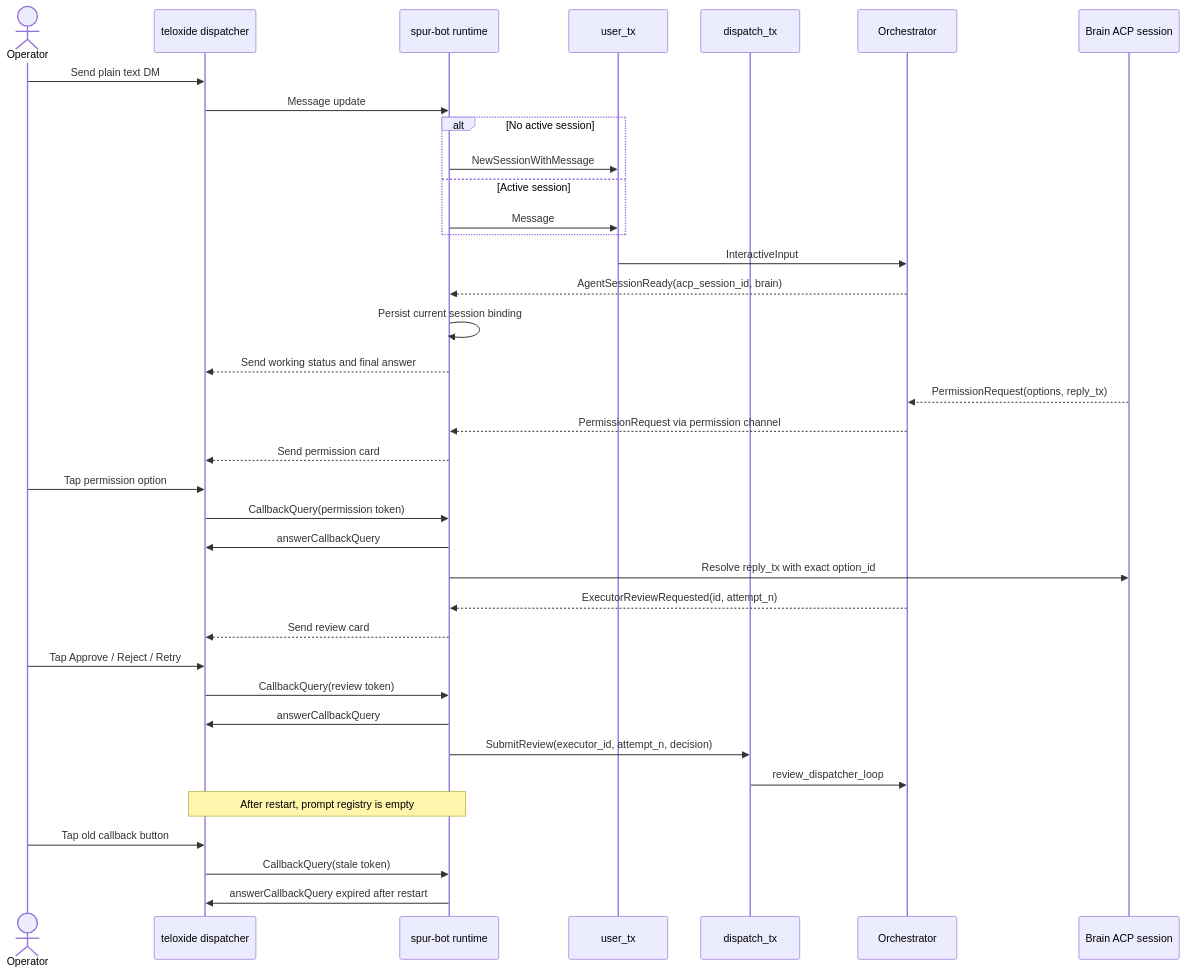
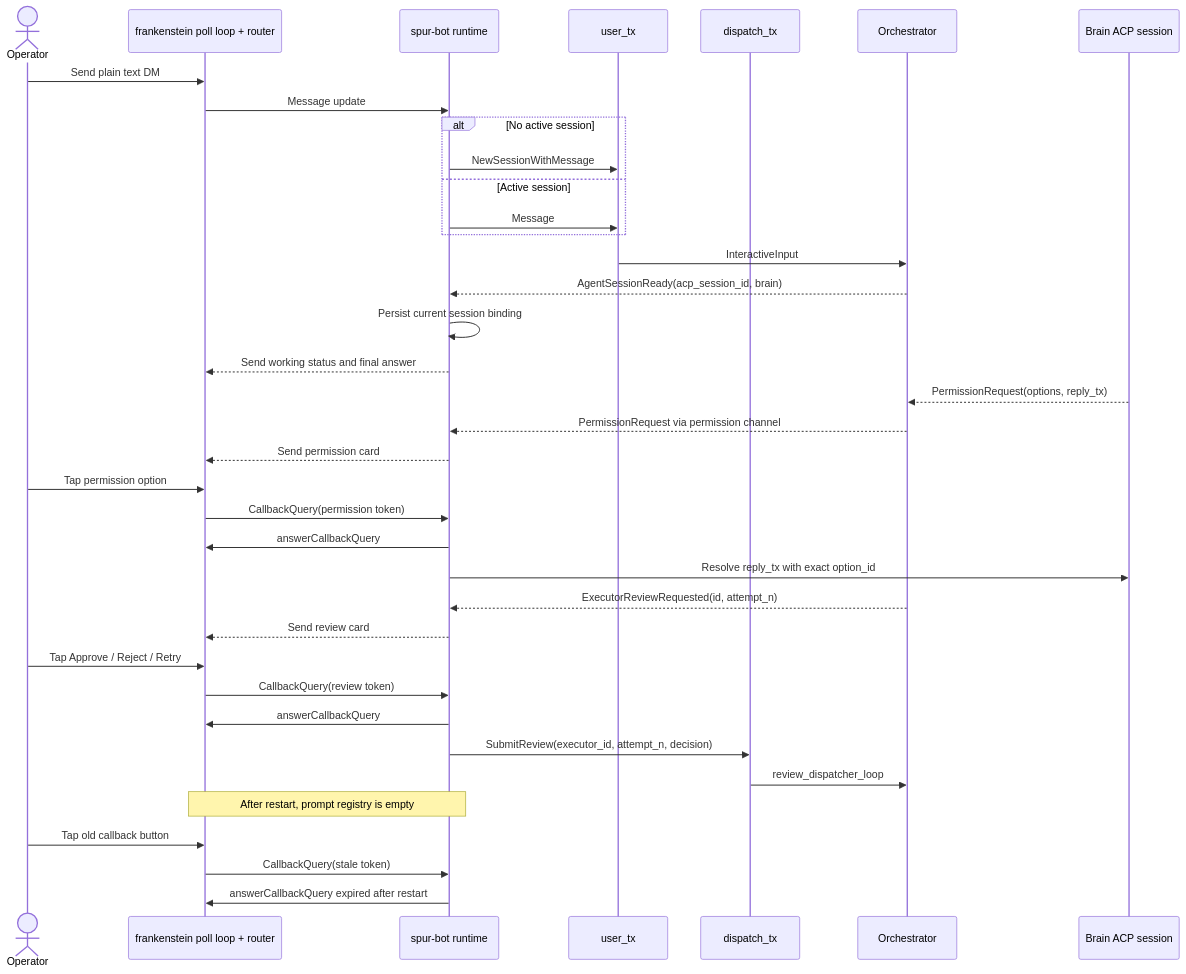
One commit to getspur/spur changed the second of 2 diagrams in docs/superpowers/specs/2026-04-22-spur-bot-design.md. Above: the diagram before and after it, drawn with Mermaid. The commit also changed other lines of this file, not shown here.

Commit message:
docs(spur-bot): S1.f switch telegram transport to frankenstein

````diff
--- a/docs/superpowers/specs/2026-04-22-spur-bot-design.md
+++ b/docs/superpowers/specs/2026-04-22-spur-bot-design.md
@@ -220,43 +220,43 @@
 ```mermaid
 sequenceDiagram
   actor U as Operator
-  participant T as teloxide dispatcher
+  participant T as frankenstein poll loop + router
   participant B as spur-bot runtime
   participant UTX as user_tx
   participant RTX as dispatch_tx
   participant O as Orchestrator
   participant A as Brain ACP session
 
   U->>T: Send plain text DM
   T->>B: Message update
   alt No active session
     B->>UTX: NewSessionWithMessage
   else Active session
     B->>UTX: Message
   end
   UTX->>O: InteractiveInput
   O-->>B: AgentSessionReady(acp_session_id, brain)
   B->>B: Persist current session binding
   B-->>T: Send working status and final answer
 
   A-->>O: PermissionRequest(options, reply_tx)
   O-->>B: PermissionRequest via permission channel
   B-->>T: Send permission card
   U->>T: Tap permission option
   T->>B: CallbackQuery(permission token)
   B->>T: answerCallbackQuery
   B->>A: Resolve reply_tx with exact option_id
 
   O-->>B: ExecutorReviewRequested(id, attempt_n)
   B-->>T: Send review card
   U->>T: Tap Approve / Reject / Retry
   T->>B: CallbackQuery(review token)
   B->>T: answerCallbackQuery
   B->>RTX: SubmitReview(executor_id, attempt_n, decision)
   RTX->>O: review_dispatcher_loop
 
   Note over B,T: After restart, prompt registry is empty
   U->>T: Tap old callback button
   T->>B: CallbackQuery(stale token)
   B->>T: answerCallbackQuery expired after restart
 ```
````
